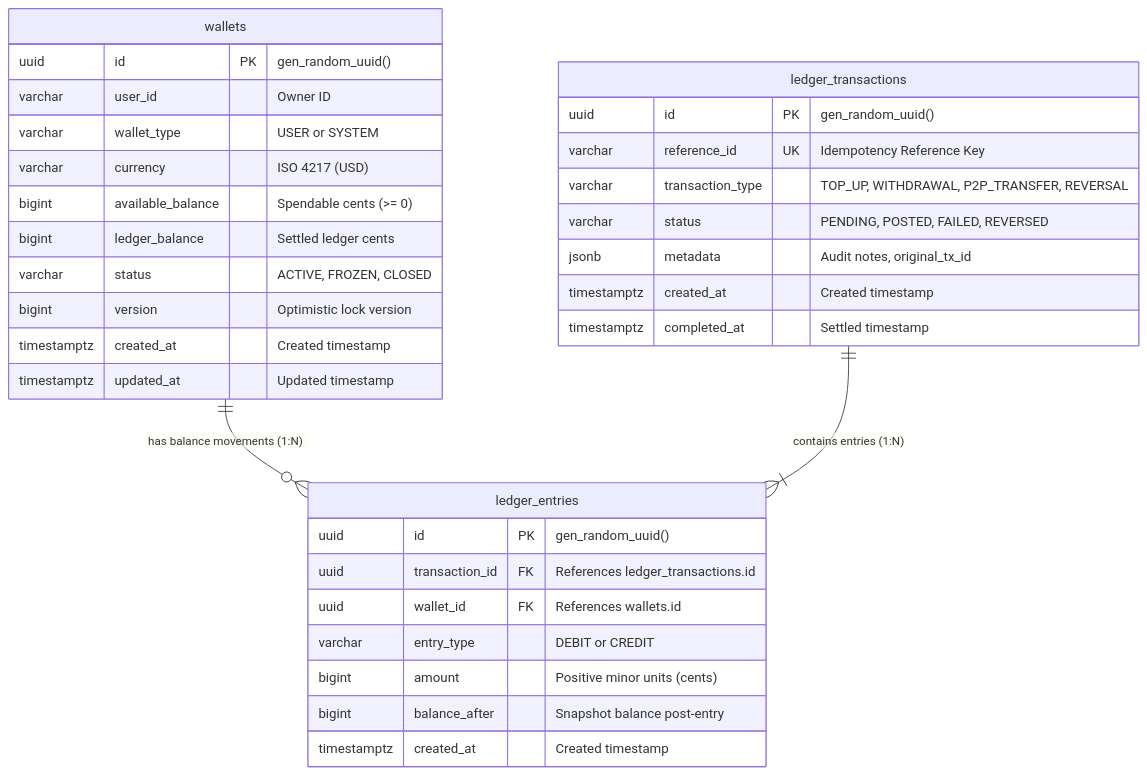
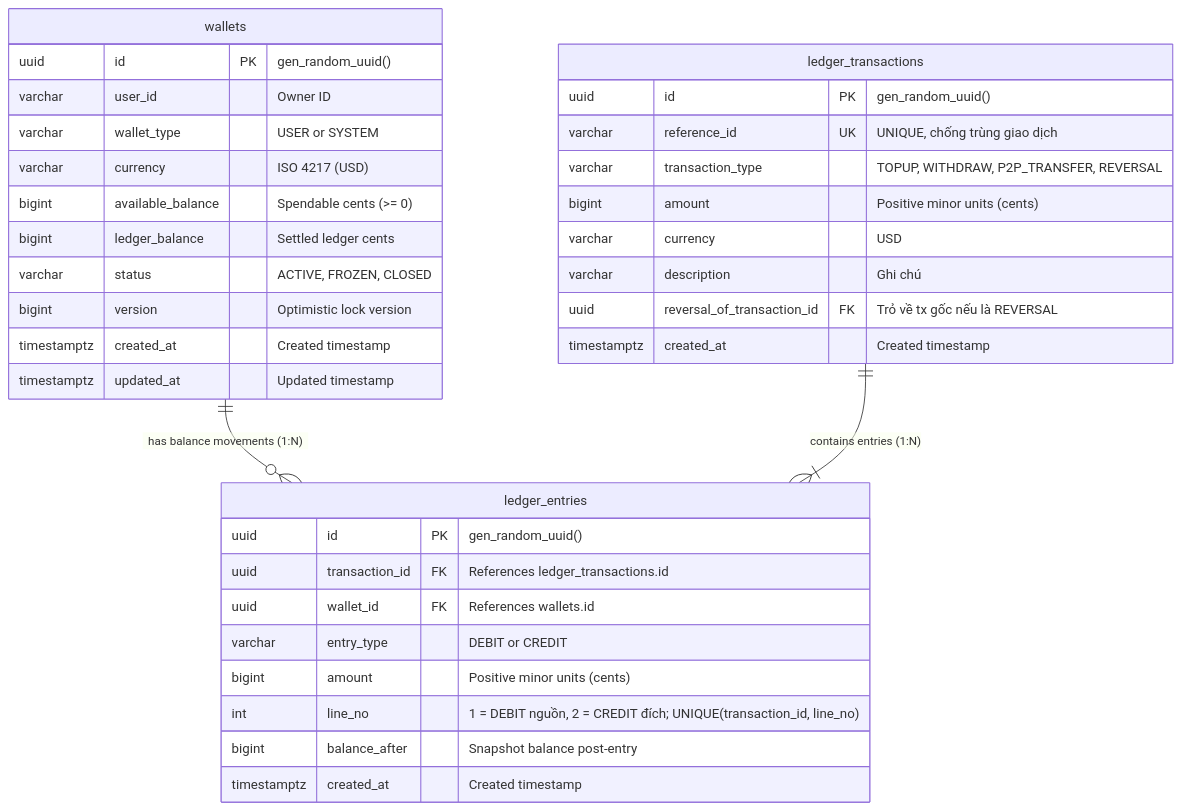
One commit to dducsw/mini-digital-wallet changed the second of 8 diagrams in docs/diagram/ledger.md. Above: the diagram before and after it, drawn with Mermaid. The commit also changed other lines of this file and 102 other files, not shown here.

````diff
--- a/docs/diagram/ledger.md
+++ b/docs/diagram/ledger.md
@@ -37,38 +37,40 @@
 ```mermaid
 erDiagram
     wallets ||--o{ ledger_entries : "has balance movements (1:N)"
     ledger_transactions ||--|{ ledger_entries : "contains entries (1:N)"
 
     wallets {
         uuid id PK "gen_random_uuid()"
         varchar user_id "Owner ID"
         varchar wallet_type "USER or SYSTEM"
         varchar currency "ISO 4217 (USD)"
         bigint available_balance "Spendable cents (>= 0)"
         bigint ledger_balance "Settled ledger cents"
         varchar status "ACTIVE, FROZEN, CLOSED"
         bigint version "Optimistic lock version"
         timestamptz created_at "Created timestamp"
         timestamptz updated_at "Updated timestamp"
     }
 
     ledger_transactions {
         uuid id PK "gen_random_uuid()"
-        varchar reference_id UK "Idempotency Reference Key"
-        varchar transaction_type "TOP_UP, WITHDRAWAL, P2P_TRANSFER, REVERSAL"
-        varchar status "PENDING, POSTED, FAILED, REVERSED"
-        jsonb metadata "Audit notes, original_tx_id"
+        varchar reference_id UK "UNIQUE, chống trùng giao dịch"
+        varchar transaction_type "TOPUP, WITHDRAW, P2P_TRANSFER, REVERSAL"
+        bigint amount "Positive minor units (cents)"
+        varchar currency "USD"
+        varchar description "Ghi chú"
+        uuid reversal_of_transaction_id FK "Trỏ về tx gốc nếu là REVERSAL"
         timestamptz created_at "Created timestamp"
-        timestamptz completed_at "Settled timestamp"
     }
 
     ledger_entries {
         uuid id PK "gen_random_uuid()"
         uuid transaction_id FK "References ledger_transactions.id"
         uuid wallet_id FK "References wallets.id"
         varchar entry_type "DEBIT or CREDIT"
         bigint amount "Positive minor units (cents)"
+        int line_no "1 = DEBIT nguồn, 2 = CREDIT đích; UNIQUE(transaction_id, line_no)"
         bigint balance_after "Snapshot balance post-entry"
         timestamptz created_at "Created timestamp"
     }
 ```
````
